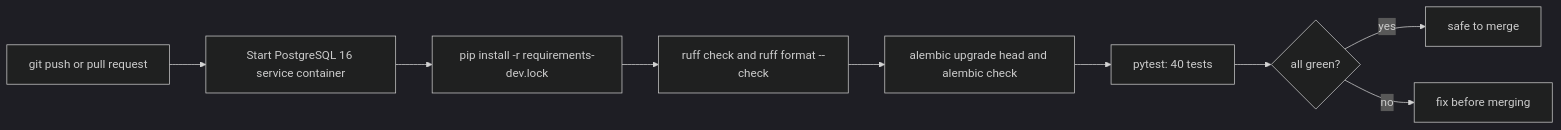
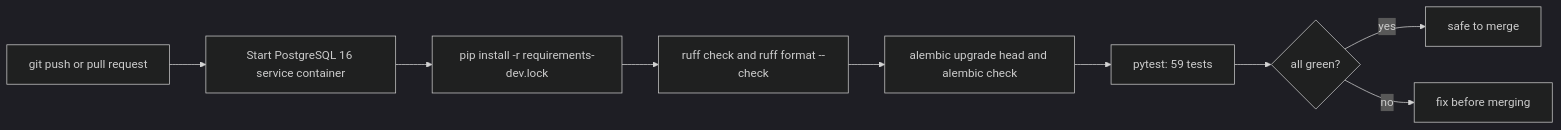
One commit to revant123/QuickServe changed the seventh of 9 diagrams in README.md. Above: the diagram before and after it, drawn with Mermaid (dark theme). The commit also changed other lines of this file and 38 other files, not shown here.

````diff
--- a/README.md
+++ b/README.md
@@ -404,11 +427,11 @@
 ```mermaid
 flowchart LR
     push["git push or pull request"] --> pg["Start PostgreSQL 16 service container"]
     pg --> inst["pip install -r requirements-dev.lock"]
     inst --> lint["ruff check and ruff format --check"]
     lint --> mig["alembic upgrade head and alembic check"]
-    mig --> test["pytest: 40 tests"]
+    mig --> test["pytest: 59 tests"]
     test --> ok{"all green?"}
     ok -->|yes| merge["safe to merge"]
     ok -->|no| fix["fix before merging"]
 ```
````
